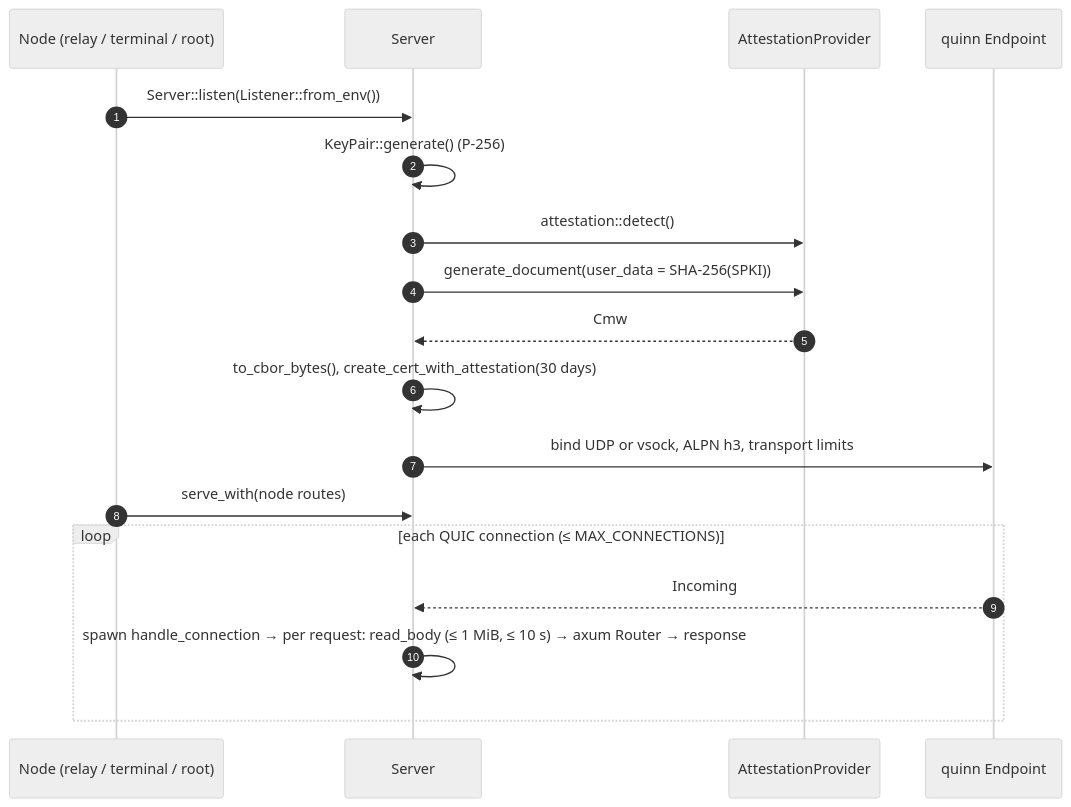
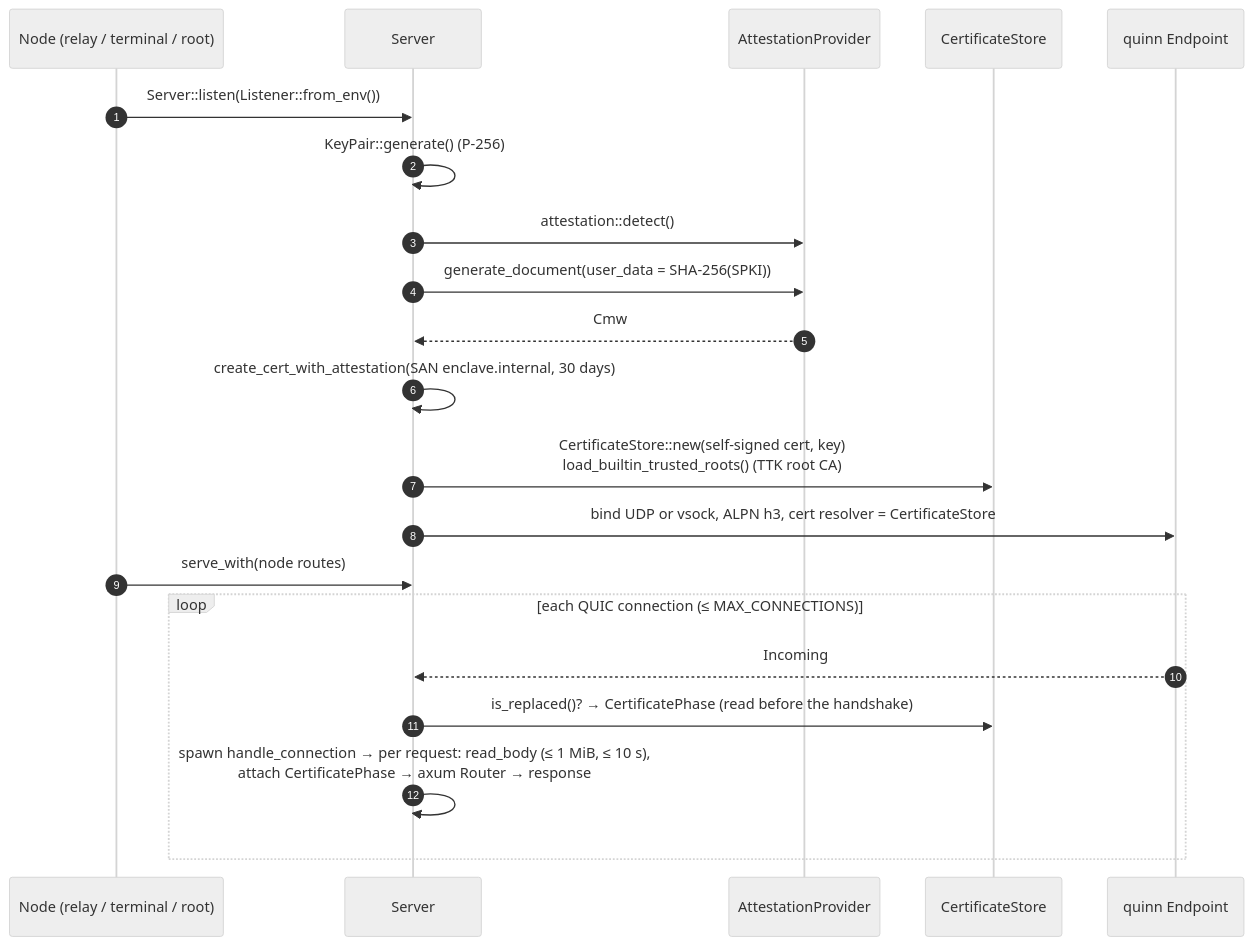
Before and after one commit to Lanetus/TTKServer: the second of 4 diagrams in docs/src/ra-server.md, drawn with Mermaid (neutral theme). The commit also changed other lines of this file and 14 other files, not shown here.

First line of the commit message:
feat: update the mdBook architecture docs to the current workspace (#94)

````diff
--- a/docs/src/ra-server.md
+++ b/docs/src/ra-server.md
@@ -56,21 +64,24 @@
 ```mermaid
 sequenceDiagram
     autonumber
     participant App as Node (relay / terminal / root)
     participant S as Server
     participant P as AttestationProvider
+    participant CS as CertificateStore
     participant Q as quinn Endpoint
 
     App->>S: Server::listen(Listener::from_env())
     S->>S: KeyPair::generate() (P-256)
     S->>P: attestation::detect()
     S->>P: generate_document(user_data = SHA-256(SPKI))
     P-->>S: Cmw
-    S->>S: to_cbor_bytes(), create_cert_with_attestation(30 days)
-    S->>Q: bind UDP or vsock, ALPN h3, transport limits
+    S->>S: create_cert_with_attestation(SAN enclave.internal, 30 days)
+    S->>CS: CertificateStore::new(self-signed cert, key)<br/>load_builtin_trusted_roots() (TTK root CA)
+    S->>Q: bind UDP or vsock, ALPN h3, cert resolver = CertificateStore
     App->>S: serve_with(node routes)
     loop each QUIC connection (≤ MAX_CONNECTIONS)
         Q-->>S: Incoming
-        S->>S: spawn handle_connection → per request: read_body (≤ 1 MiB, ≤ 10 s) → axum Router → response
+        S->>CS: is_replaced()? → CertificatePhase (read before the handshake)
+        S->>S: spawn handle_connection → per request: read_body (≤ 1 MiB, ≤ 10 s),<br/>attach CertificatePhase → axum Router → response
     end
 ```
````
